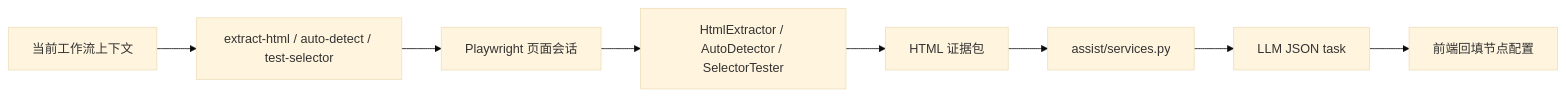
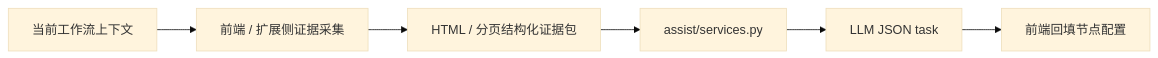
One commit to tuisemo/crawler-pipeline-builder changed the sixth of 8 diagrams in docs/technical-development-guide.md. Above: the diagram before and after it, drawn with Mermaid (base theme). The commit also changed other lines of this file and 46 other files, not shown here.

````diff
--- a/docs/technical-development-guide.md
+++ b/docs/technical-development-guide.md
@@ -486,10 +486,8 @@
 ```mermaid
 flowchart LR
-    A["当前工作流上下文"] --> B["extract-html / auto-detect / test-selector"]
-    B --> C["Playwright 页面会话"]
-    C --> D["HtmlExtractor / AutoDetector / SelectorTester"]
-    D --> E["HTML 证据包"]
-    E --> F["assist/services.py"]
-    F --> G["LLM JSON task"]
-    G --> H["前端回填节点配置"]
+    A["当前工作流上下文"] --> B["前端 / 扩展侧证据采集"]
+    B --> C["HTML / 分页结构化证据包"]
+    C --> D["assist/services.py"]
+    D --> E["LLM JSON task"]
+    E --> F["前端回填节点配置"]
 ```
````
